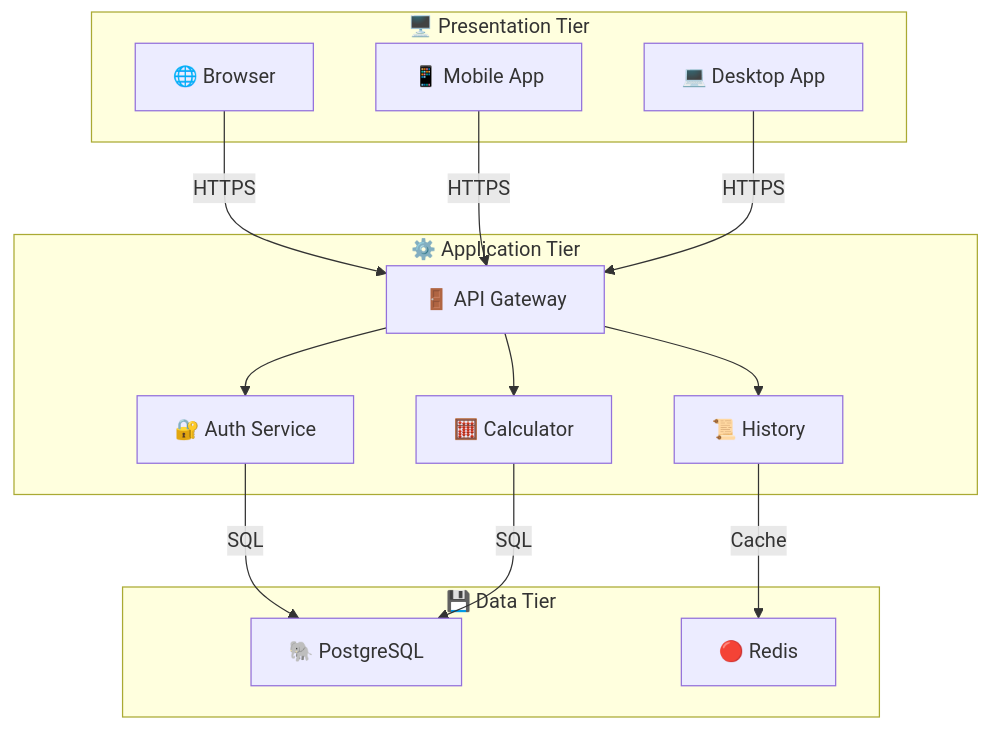
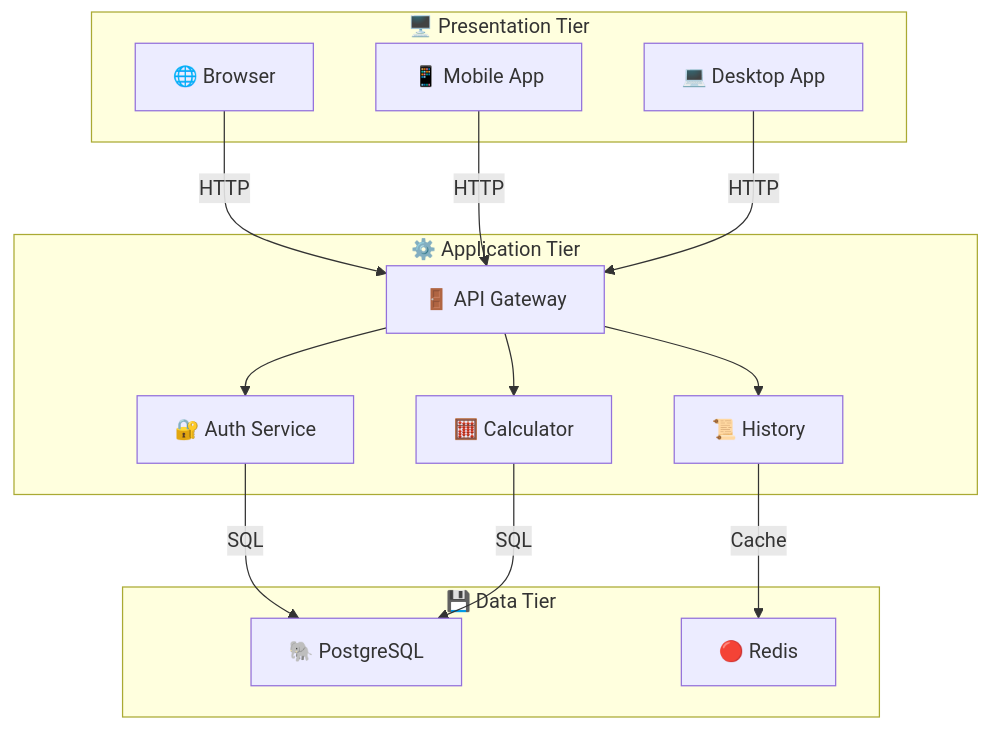
One commit to mcy-e/ThreeTireArchitectureCalculator changed the first of 6 diagrams in report.md. Above: the diagram before and after it, drawn with Mermaid.

````diff
--- a/report.md
+++ b/report.md
@@ -18,39 +18,39 @@
 ```mermaid
     flowchart TD
     %% Three-Tier Architecture with Emojis
     classDef presentation fill:#e3f2fd,stroke:#2196f3,color:black
     classDef application fill:#ffecb3,stroke:#ffa000,color:black
     classDef data fill:#fce4ec,stroke:#e91e63,color:black
 
     subgraph Presentation["🖥️ Presentation Tier"]
         Browser["🌐 Browser"]
         Mobile["📱 Mobile App"]
         Desktop["💻 Desktop App"]
     end
 
     subgraph Application["⚙️ Application Tier"]
         API["🚪 API Gateway"]
         Auth["🔐 Auth Service"]
         Calc["🧮 Calculator"]
         History["📜 History"]
     end
 
     subgraph Data["💾 Data Tier"]
         DB["🐘 PostgreSQL"]
         Cache["🔴 Redis"]
     end
 
     %% Connections
-    Browser -->|HTTPS| API
-    Mobile -->|HTTPS| API
-    Desktop -->|HTTPS| API
+    Browser -->|HTTP| API
+    Mobile -->|HTTP| API
+    Desktop -->|HTTP| API
     API --> Auth
     API --> Calc
     API --> History
     Auth -->|SQL| DB
     Calc -->|SQL| DB
     History -->|Cache| Cache
 
     %% Apply styles
     class Presentation,Application,Data presentation,application,data
 ```
````
